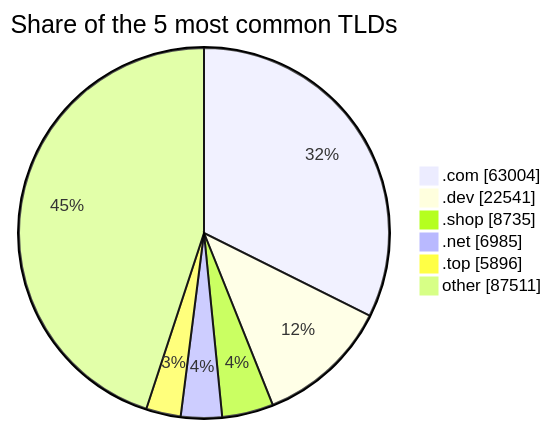
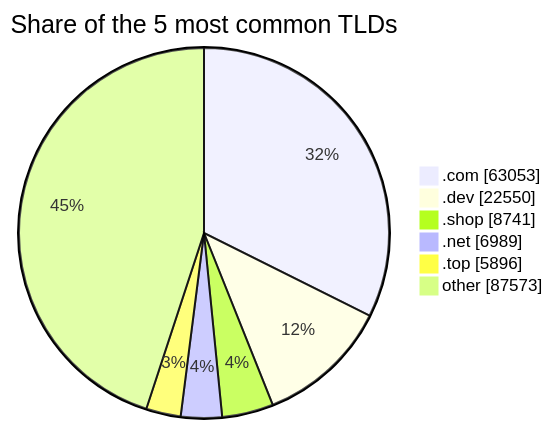
One commit to DNSBunker/CTI changed the third of 3 diagrams in README.md. Above: the diagram before and after it, drawn with Mermaid. The commit also changed other lines of this file and 3 other files, not shown here.

````diff
--- a/README.md
+++ b/README.md
@@ -81,9 +81,9 @@
 ```mermaid
 pie showData title Share of the 5 most common TLDs
-    ".com" : 63004
-    ".dev" : 22541
-    ".shop" : 8735
-    ".net" : 6985
+    ".com" : 63053
+    ".dev" : 22550
+    ".shop" : 8741
+    ".net" : 6989
     ".top" : 5896
-    "other" : 87511
+    "other" : 87573
 ```
````
